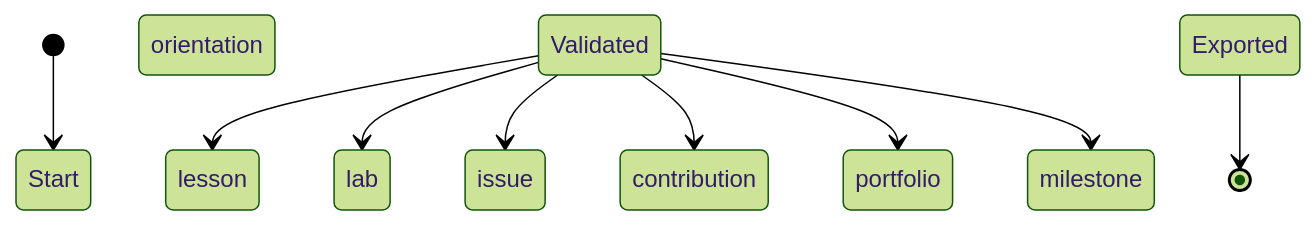
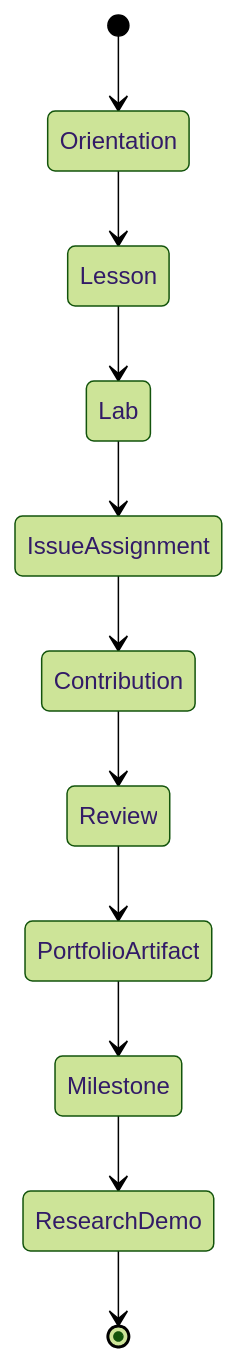
One commit to gunnchOS3k/waike-research-ops changed the diagram in docs/diagrams/state_machine.mmd. Above: the diagram before and after it, drawn with Mermaid (forest theme). The commit also changed 27 other files, not shown here.

First line of the commit message:
Issue audit pass: repo-specific diagrams, review-ready papers, ISSUE_AUDIT

```diff
--- a/docs/diagrams/state_machine.mmd
+++ b/docs/diagrams/state_machine.mmd
@@ -1,10 +1,11 @@
 stateDiagram-v2
-  [*] --> Start
-  orientation
-  Validated --> lesson
-  Validated --> lab
-  Validated --> issue
-  Validated --> contribution
-  Validated --> portfolio
-  Validated --> milestone
-  Exported --> [*]
+  [*] --> Orientation
+  Orientation --> Lesson
+  Lesson --> Lab
+  Lab --> IssueAssignment
+  IssueAssignment --> Contribution
+  Contribution --> Review
+  Review --> PortfolioArtifact
+  PortfolioArtifact --> Milestone
+  Milestone --> ResearchDemo
+  ResearchDemo --> [*]
```
